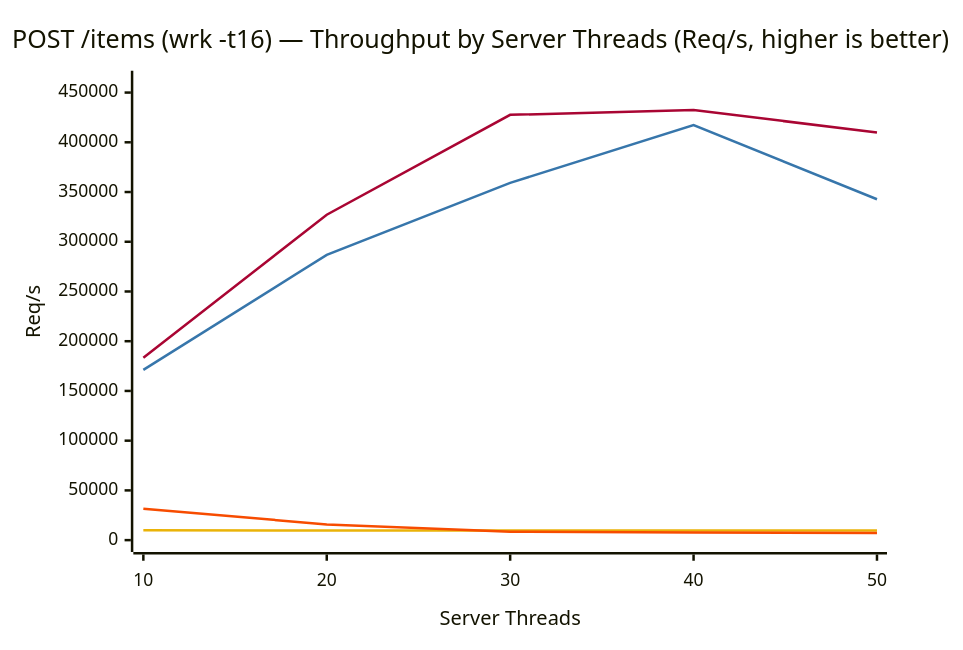
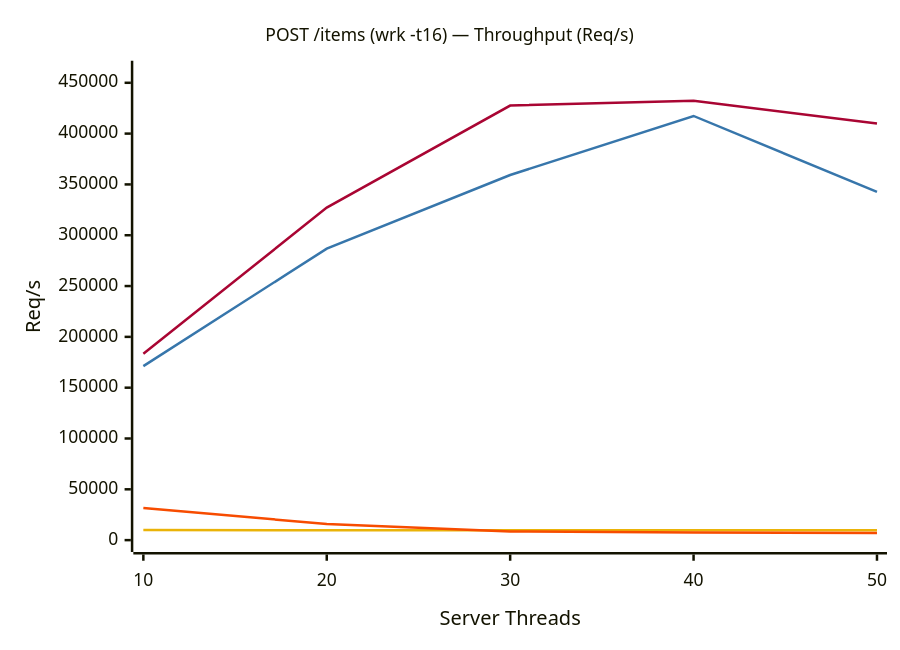
One commit to erlpython/epython changed the first of 4 diagrams in README.md. Above: the diagram before and after it, drawn with Mermaid. The commit also changed other lines of this file, not shown here.

````diff
--- a/README.md
+++ b/README.md
@@ -19,16 +19,18 @@
 ```mermaid
 ---
 config:
+  xyChart:
+    titleFontSize: 14
   themeVariables:
     xyChart:
       plotColorPalette: "#A90533, #3776AB, #EAB308, #F74C00"
 ---
 xychart-beta
-    title "POST /items (wrk -t16) — Throughput by Server Threads (Req/s, higher is better)"
+    title "POST /items (wrk -t16) — Throughput (Req/s)"
     x-axis "Server Threads" ["10", "20", "30", "40", "50"]
     y-axis "Req/s" 0 --> 460000
     line [183293, 327172, 427601, 432361, 409928]
     line [171193, 286849, 359254, 417353, 342737]
     line [9909, 9726, 9712, 9656, 9682]
     line [31548, 15829, 8500, 7597, 7101]
 ```
````
